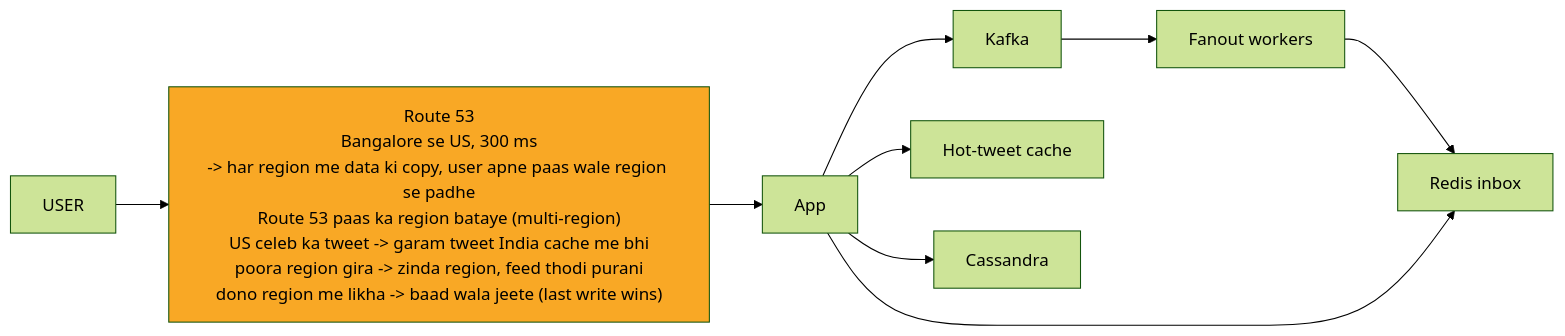
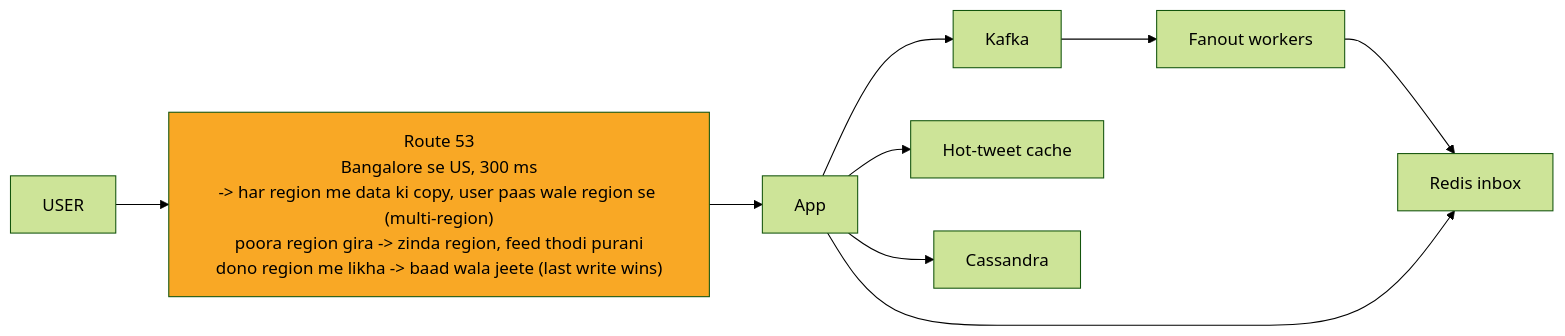
The diagram in 04_HLD/SYSTEM_DESIGNS/03_twitter_feed/img/c7.mmd (ArpanMaheshwari144/Prep), drawn with Mermaid (forest theme) before and after one commit. The commit also changed 42 other files, not shown here.

```diff
--- a/04_HLD/SYSTEM_DESIGNS/03_twitter_feed/img/c7.mmd
+++ b/04_HLD/SYSTEM_DESIGNS/03_twitter_feed/img/c7.mmd
@@ -1,19 +1,19 @@
 %%{init: {"flowchart": {"wrappingWidth": 450}}}%%
 flowchart LR
     n_USER["USER"]
-    n_Route_53["Route 53<br/>Bangalore se US, 300 ms<br/>-> har region me data ki copy, user apne paas wale region se padhe<br/>Route 53 paas ka region bataye (multi-region)<br/>US celeb ka tweet -> garam tweet India cache me bhi<br/>poora region gira -> zinda region, feed thodi purani<br/>dono region me likha -> baad wala jeete (last write wins)"]
+    n_Route_53["Route 53<br/>Bangalore se US, 300 ms<br/>-> har region me data ki copy, user paas wale region se (multi-region)<br/>poora region gira -> zinda region, feed thodi purani<br/>dono region me likha -> baad wala jeete (last write wins)"]
     n_App["App"]
     n_Kafka["Kafka"]
     n_Fanout_workers["Fanout workers"]
     n_Redis_inbox["Redis inbox"]
     n_Hot_tweet_cache["Hot-tweet cache"]
     n_Cassandra["Cassandra"]
     n_USER --> n_Route_53
     n_Route_53 --> n_App
     n_App --> n_Kafka
     n_App --> n_Hot_tweet_cache
     n_App --> n_Cassandra
     n_Kafka --> n_Fanout_workers
     n_Fanout_workers --> n_Redis_inbox
     n_App --> n_Redis_inbox
     style n_Route_53 fill:#f9a825,color:#000
```
